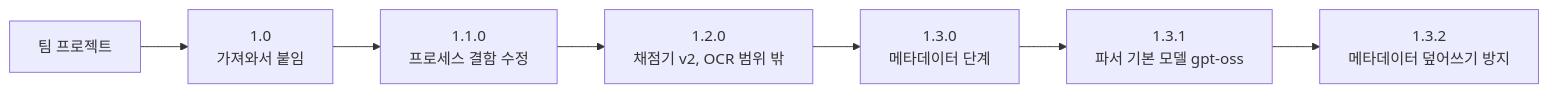
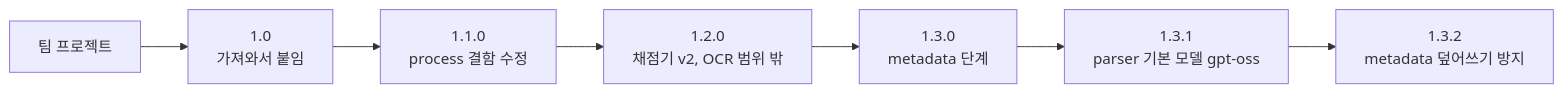
The first of 2 diagrams in docs/08_버전과_브랜치.md (adover134/hierarchical-md-rag), drawn with Mermaid before and after one commit. The commit also changed other lines of this file and 24 other files, not shown here.

````diff
--- a/docs/08_버전과_브랜치.md
+++ b/docs/08_버전과_브랜치.md
@@ -10,9 +10,9 @@
 ```mermaid
 flowchart LR
     T["팀 프로젝트"] --> V10["1.0<br/>가져와서 붙임"]
-    V10 --> V11["1.1.0<br/>프로세스 결함 수정"]
+    V10 --> V11["1.1.0<br/>process 결함 수정"]
     V11 --> V12["1.2.0<br/>채점기 v2, OCR 범위 밖"]
-    V12 --> V13["1.3.0<br/>메타데이터 단계"]
-    V13 --> V131["1.3.1<br/>파서 기본 모델 gpt-oss"]
-    V131 --> V132["1.3.2<br/>메타데이터 덮어쓰기 방지"]
+    V12 --> V13["1.3.0<br/>metadata 단계"]
+    V13 --> V131["1.3.1<br/>parser 기본 모델 gpt-oss"]
+    V131 --> V132["1.3.2<br/>metadata 덮어쓰기 방지"]
 ```
````
